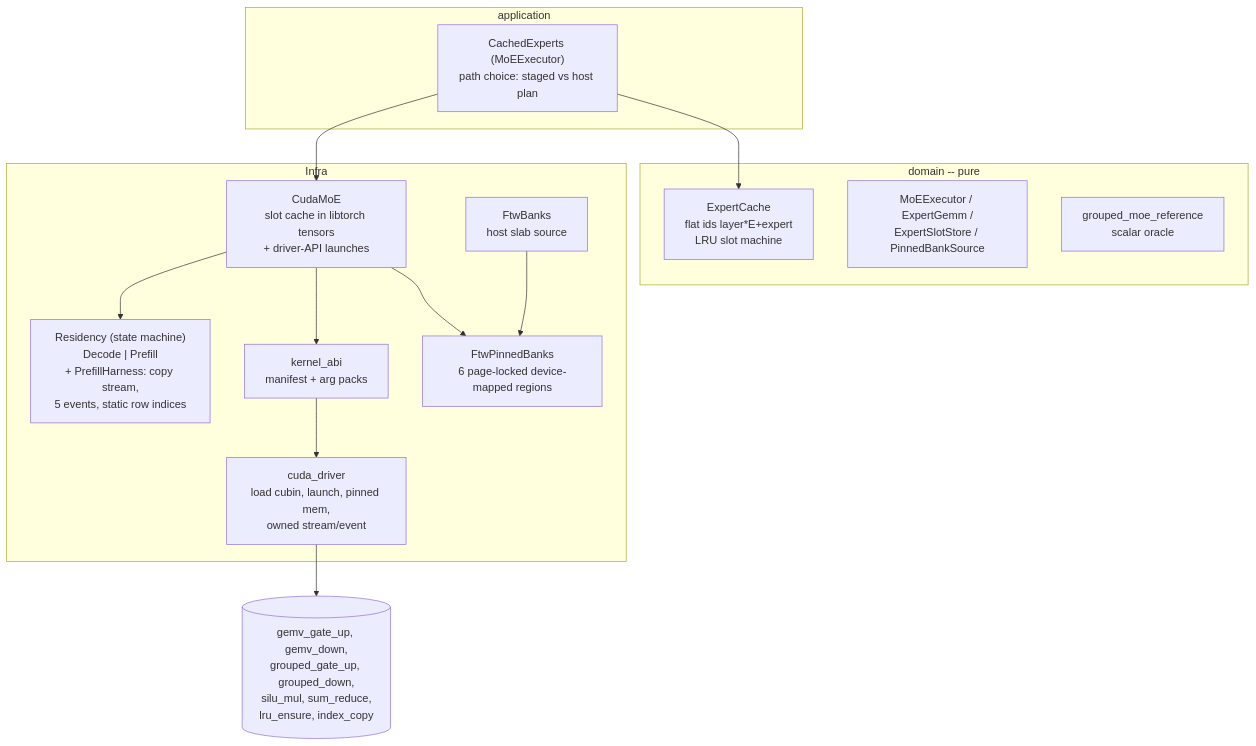
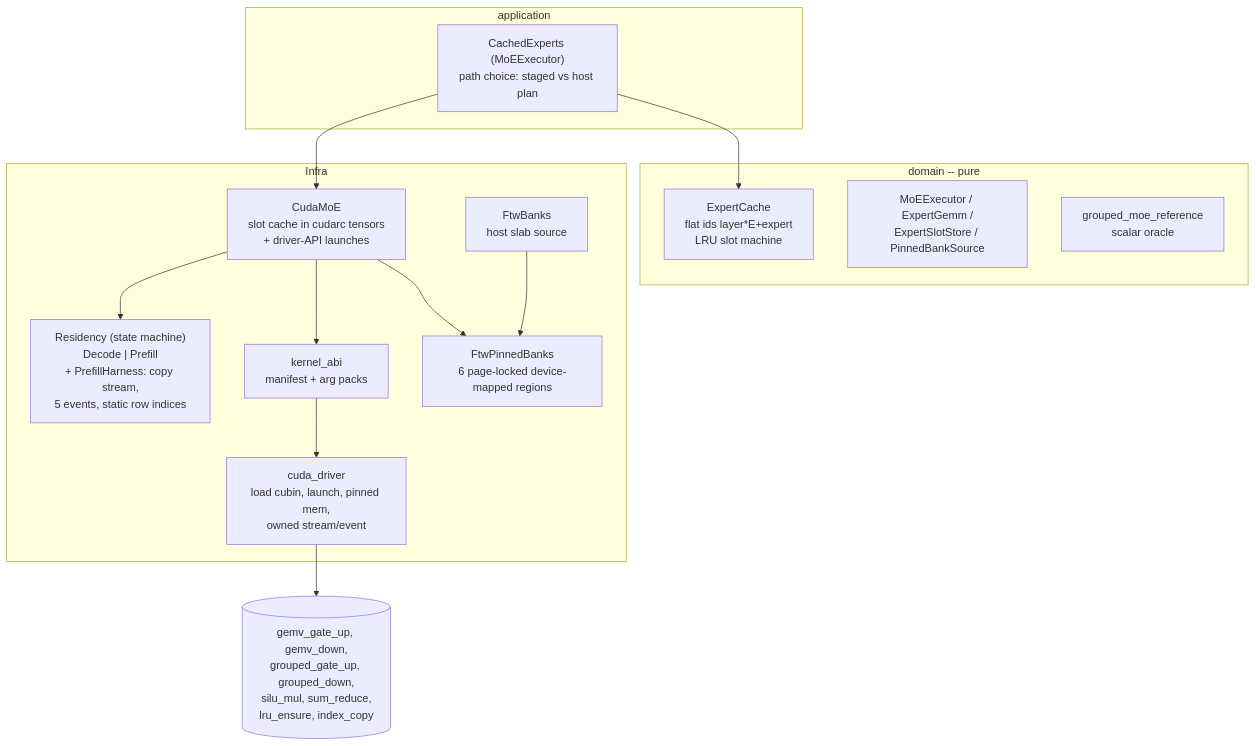
One commit to butzist/ferrum-torrens changed the tenth of 17 diagrams in ARCHITECTURE.md. Above: the diagram before and after it, drawn with Mermaid. The commit also changed other lines of this file and 10 other files, not shown here.

````diff
--- a/ARCHITECTURE.md
+++ b/ARCHITECTURE.md
@@ -468,26 +470,26 @@
 ```mermaid
 flowchart TB
   subgraph Domain["domain -- pure"]
     EC["ExpertCache\nflat ids layer*E+expert\nLRU slot machine"]
     Ports["MoEExecutor / ExpertGemm /\nExpertSlotStore / PinnedBankSource"]
     Oracle["grouped_moe_reference\nscalar oracle"]
   end
   subgraph App["application"]
     CE["CachedExperts (MoEExecutor)\npath choice: staged vs host plan"]
   end
   subgraph Infra
-    CM["CudaMoE\nslot cache in libtorch tensors\n+ driver-API launches"]
+    CM["CudaMoE\nslot cache in cudarc tensors\n+ driver-API launches"]
     Res["Residency (state machine)\nDecode | Prefill\n+ PrefillHarness: copy stream,\n5 events, static row indices"]
     AB["kernel_abi\nmanifest + arg packs"]
     DR["cuda_driver\nload cubin, launch, pinned mem,\nowned stream/event"]
     PB["FtwPinnedBanks\n6 page-locked device-mapped regions"]
     FB["FtwBanks\nhost slab source"]
   end
   CE --> EC
   CE --> CM
   CM --> Res
   CM --> AB --> DR
   CM --> PB
   FB --> PB
   DR --> Cubins[("gemv_gate_up, gemv_down,\ngrouped_gate_up, grouped_down,\nsilu_mul, sum_reduce,\nlru_ensure, index_copy")]
 ```
````
